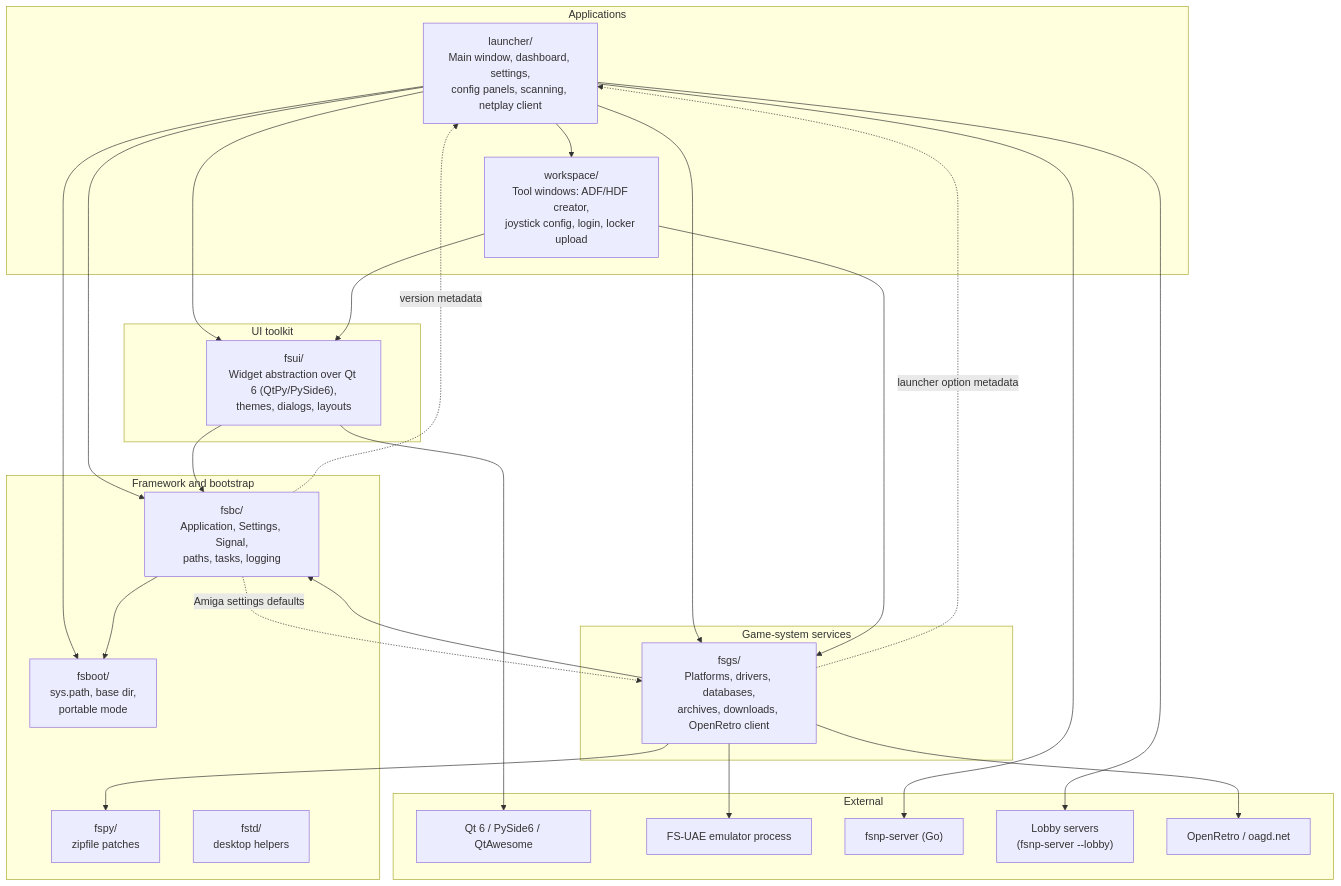
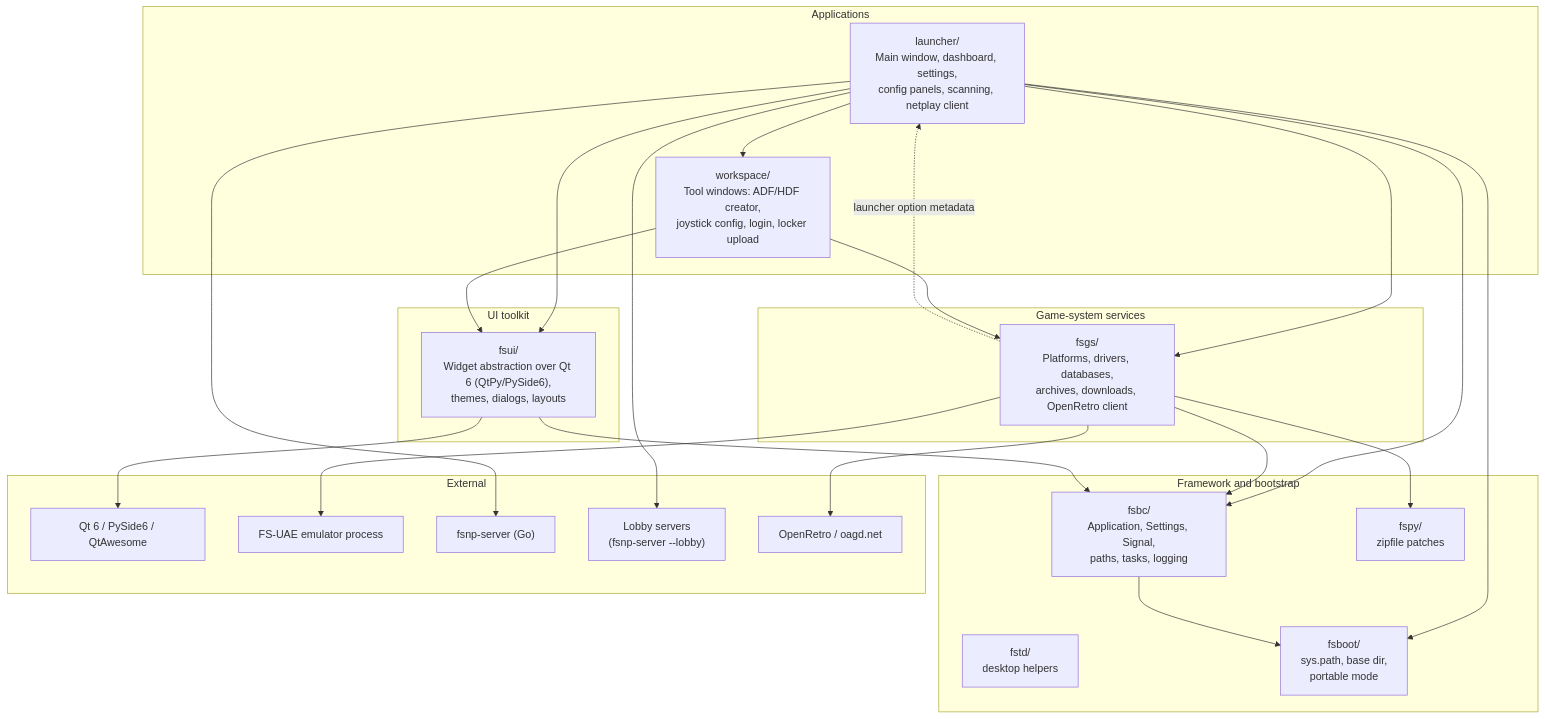
One commit to pdabel/fs-uae-launcher changed the first of 5 diagrams in docs/architecture.md. Above: the diagram before and after it, drawn with Mermaid. The commit also changed other lines of this file and 8 other files, not shown here.

Commit message:
Stop fsbc importing launcher and fsgs (#167)

````diff
--- a/docs/architecture.md
+++ b/docs/architecture.md
@@ -21,50 +22,48 @@
 ```mermaid
 flowchart TB
     subgraph app["Applications"]
         launcher["launcher/<br/>Main window, dashboard, settings,<br/>config panels, scanning, netplay client"]
         workspace["workspace/<br/>Tool windows: ADF/HDF creator,<br/>joystick config, login, locker upload"]
     end
 
     subgraph domain["Game-system services"]
         fsgs["fsgs/<br/>Platforms, drivers, databases,<br/>archives, downloads, OpenRetro client"]
     end
 
     subgraph ui["UI toolkit"]
         fsui["fsui/<br/>Widget abstraction over Qt 6 (QtPy/PySide6),<br/>themes, dialogs, layouts"]
     end
 
     subgraph base["Framework and bootstrap"]
         fsbc["fsbc/<br/>Application, Settings, Signal,<br/>paths, tasks, logging"]
         fspy["fspy/<br/>zipfile patches"]
         fstd["fstd/<br/>desktop helpers"]
         fsboot["fsboot/<br/>sys.path, base dir,<br/>portable mode"]
     end
 
     subgraph ext["External"]
         qt["Qt 6 / PySide6 / QtAwesome"]
         fsuae["FS-UAE emulator process"]
         fsnp["fsnp-server (Go)"]
         lobbies["Lobby servers<br/>(fsnp-server --lobby)"]
         openretro["OpenRetro / oagd.net"]
     end
 
     launcher --> fsui
     launcher --> fsgs
     launcher --> fsbc
     launcher --> fsboot
     launcher --> lobbies
     launcher --> fsnp
     launcher --> workspace
     workspace --> fsui
     workspace --> fsgs
     fsgs --> fsbc
     fsgs -. "launcher option metadata" .-> launcher
     fsgs --> fspy
     fsgs --> fsuae
     fsgs --> openretro
     fsui --> fsbc
     fsui --> qt
     fsbc --> fsboot
-    fsbc -. "version metadata" .-> launcher
-    fsbc -. "Amiga settings defaults" .-> fsgs
 ```
````
